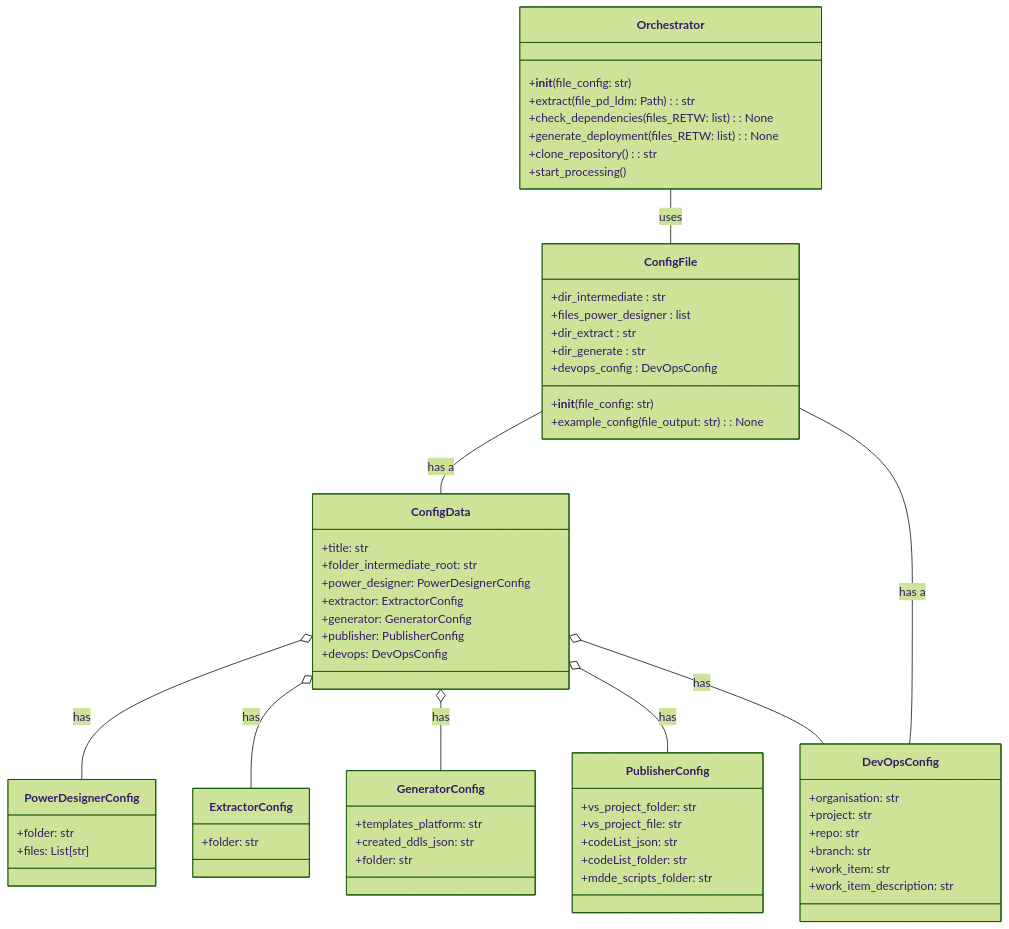
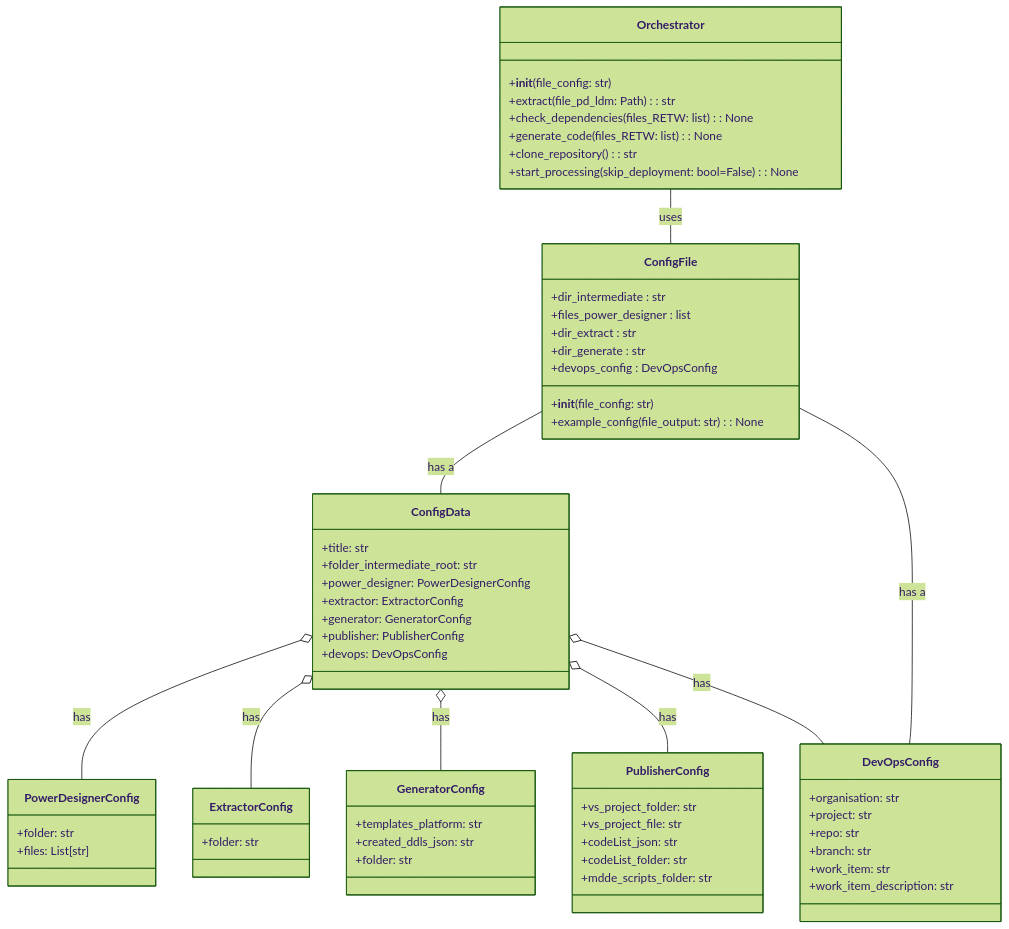
Before and after one commit to mark-me/mapping-dependencies: the fourth of 4 diagrams in genesis/README.md, drawn with Mermaid (forest theme). The commit also changed 1 other file, not shown here.

````diff
--- a/genesis/README.md
+++ b/genesis/README.md
@@ -160,65 +160,65 @@
 ```mermaid
 classDiagram
     class Orchestrator {
     +__init__(file_config: str)
     +extract(file_pd_ldm: Path) : str
     +check_dependencies(files_RETW: list) : None
-    +generate_deployment(files_RETW: list) : None
+    +generate_code(files_RETW: list) : None
     +clone_repository() : str
-    +start_processing()
+    +start_processing(skip_deployment: bool=False) : None
     }
     class ConfigFile {
         +__init__(file_config: str)
         +example_config(file_output: str) : None
         +dir_intermediate : str
         +files_power_designer : list
         +dir_extract : str
         +dir_generate : str
         +devops_config : DevOpsConfig
     }
     class PowerDesignerConfig{
         +folder: str
         +files: List[str]
     }
     class ExtractorConfig{
         +folder: str
     }
     class GeneratorConfig{
         +templates_platform: str
         +created_ddls_json: str
         +folder: str
     }
     class PublisherConfig{
         +vs_project_folder: str
         +vs_project_file: str
         +codeList_json: str
         +codeList_folder: str
         +mdde_scripts_folder: str
     }
     class DevOpsConfig{
         +organisation: str
         +project: str
         +repo: str
         +branch: str
         +work_item: str
         +work_item_description: str
     }
     class ConfigData{
         +title: str
         +folder_intermediate_root: str
         +power_designer: PowerDesignerConfig
         +extractor: ExtractorConfig
         +generator: GeneratorConfig
         +publisher: PublisherConfig
         +devops: DevOpsConfig
     }
 
     Orchestrator -- ConfigFile : uses
     ConfigFile -- ConfigData : has a
     ConfigFile -- DevOpsConfig : has a
     ConfigData o-- PowerDesignerConfig : has
     ConfigData o-- ExtractorConfig : has
     ConfigData o-- GeneratorConfig : has
     ConfigData o-- PublisherConfig : has
     ConfigData o-- DevOpsConfig : has
 ```
````
